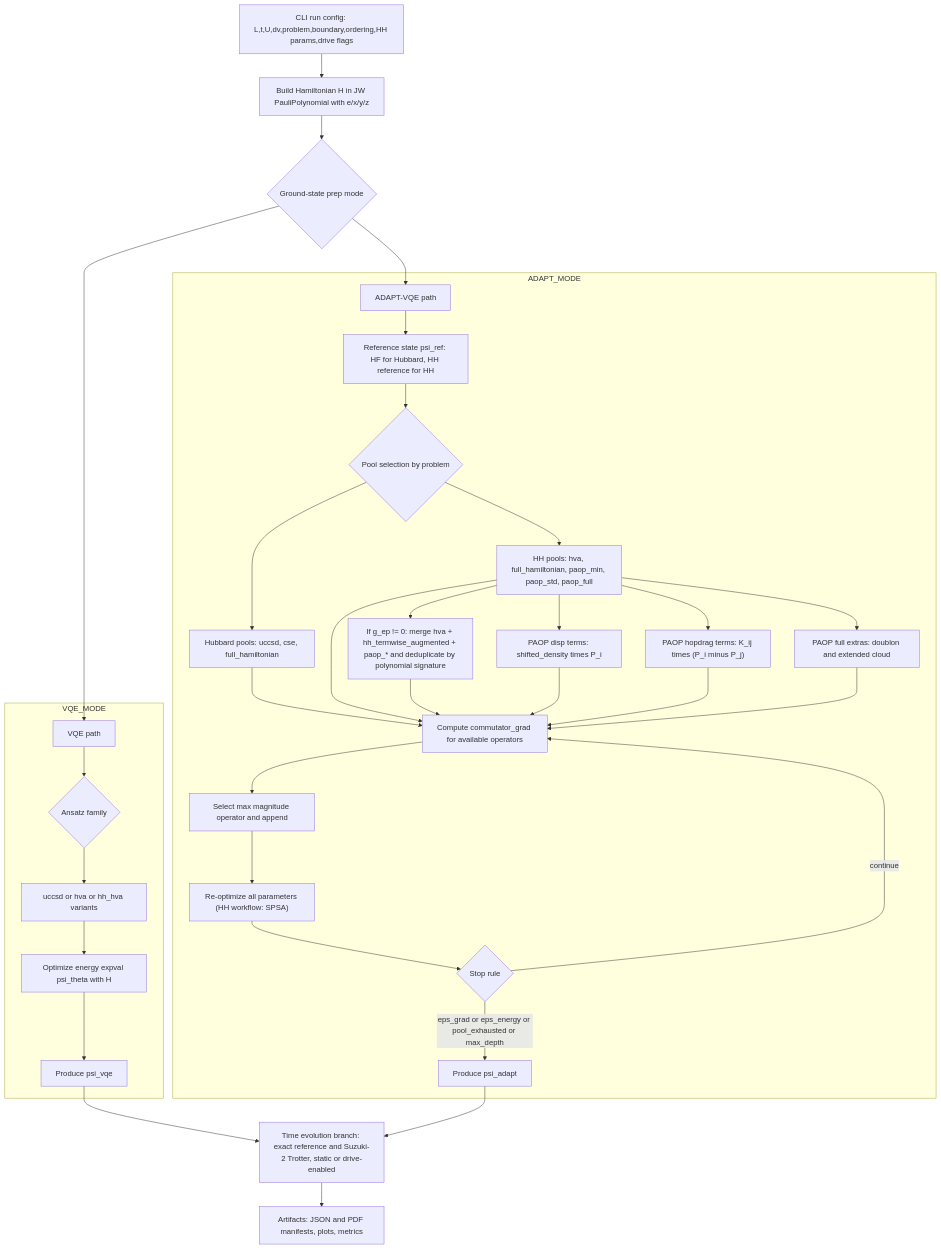
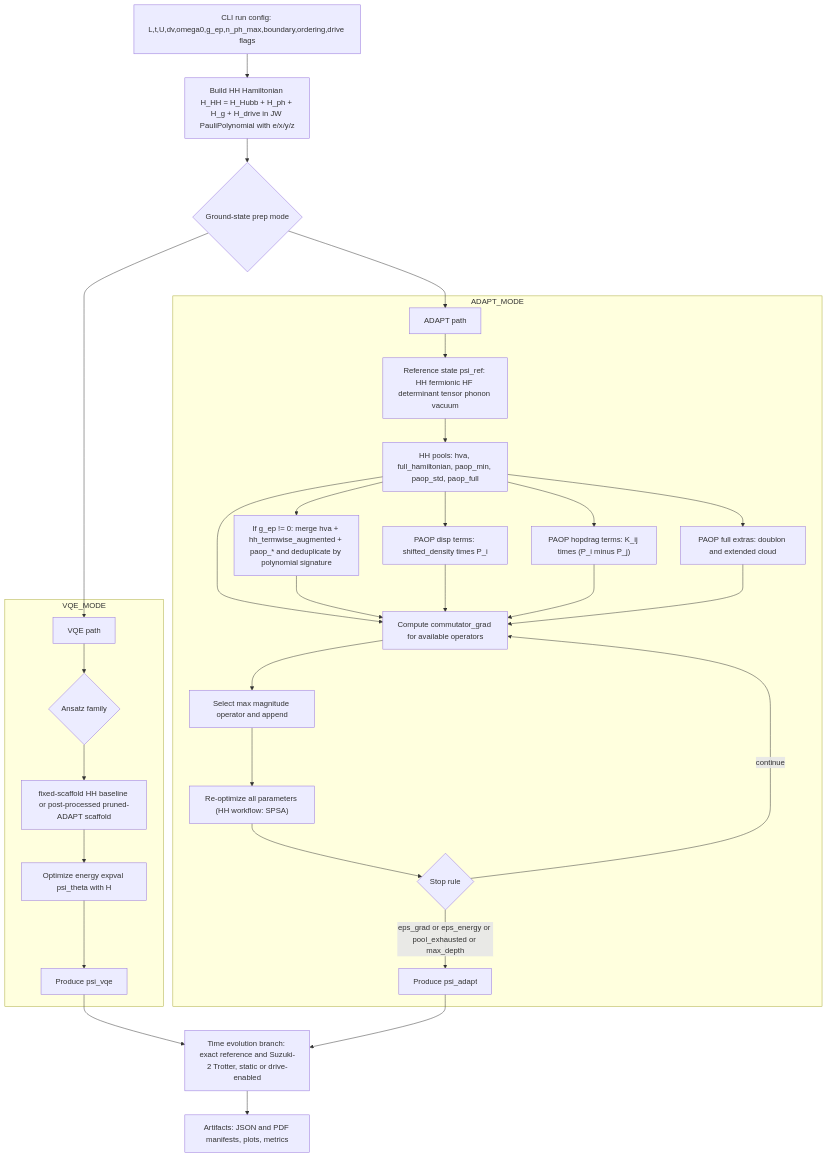
The second of 2 diagrams in README.md (jacopos86/qdynamics), drawn with Mermaid before and after one commit. The commit also changed other lines of this file and 155 other files, not shown here.

````diff
--- a/README.md
+++ b/README.md
@@ -146,45 +145,41 @@
 ```mermaid
 graph TB
-  A["CLI run config: L,t,U,dv,problem,boundary,ordering,HH params,drive flags"] --> B["Build Hamiltonian H in JW PauliPolynomial with e/x/y/z"]
+  A["CLI run config: L,t,U,dv,omega0,g_ep,n_ph_max,boundary,ordering,drive flags"] --> B["Build HH Hamiltonian H_HH = H_Hubb + H_ph + H_g + H_drive in JW PauliPolynomial with e/x/y/z"]
   B --> C{"Ground-state prep mode"}
 
   C --> V["VQE path"]
-  C --> AD["ADAPT-VQE path"]
+  C --> AD["ADAPT path"]
 
   subgraph VQE_MODE
     V --> V1{"Ansatz family"}
-    V1 --> V2["uccsd or hva or hh_hva variants"]
+    V1 --> V2["fixed-scaffold HH baseline or post-processed pruned-ADAPT scaffold"]
     V2 --> V3["Optimize energy expval psi_theta with H"]
     V3 --> V4["Produce psi_vqe"]
   end
 
   subgraph ADAPT_MODE
-    AD --> AD0["Reference state psi_ref: HF for Hubbard, HH reference for HH"]
-    AD0 --> AD1{"Pool selection by problem"}
-
-    AD1 --> HPOOL["Hubbard pools: uccsd, cse, full_hamiltonian"]
-    AD1 --> HHPOOL["HH pools: hva, full_hamiltonian, paop_min, paop_std, paop_full"]
+    AD --> AD0["Reference state psi_ref: HH fermionic HF determinant tensor phonon vacuum"]
+    AD0 --> HHPOOL["HH pools: hva, full_hamiltonian, paop_min, paop_std, paop_full"]
 
     HHPOOL --> PD1["PAOP disp terms: shifted_density times P_i"]
     HHPOOL --> PD2["PAOP hopdrag terms: K_ij times (P_i minus P_j)"]
     HHPOOL --> PD3["PAOP full extras: doublon and extended cloud"]
     HHPOOL --> HMERGE["If g_ep != 0: merge hva + hh_termwise_augmented + paop_* and deduplicate by polynomial signature"]
 
-    HPOOL --> GCompute
     HHPOOL --> GCompute
     HMERGE --> GCompute
     PD1 --> GCompute
     PD2 --> GCompute
     PD3 --> GCompute
 
     GCompute["Compute commutator_grad for available operators"] --> GSelect["Select max magnitude operator and append"]
     GSelect --> Reopt["Re-optimize all parameters (HH workflow: SPSA)"]
     Reopt --> Stop{"Stop rule"}
     Stop -->|eps_grad or eps_energy or pool_exhausted or max_depth| ADOut["Produce psi_adapt"]
     Stop -->|continue| GCompute
   end
 
   V4 --> DYN
   ADOut --> DYN
   DYN["Time evolution branch: exact reference and Suzuki-2 Trotter, static or drive-enabled"] --> OUT["Artifacts: JSON and PDF manifests, plots, metrics"]
 ```
````
